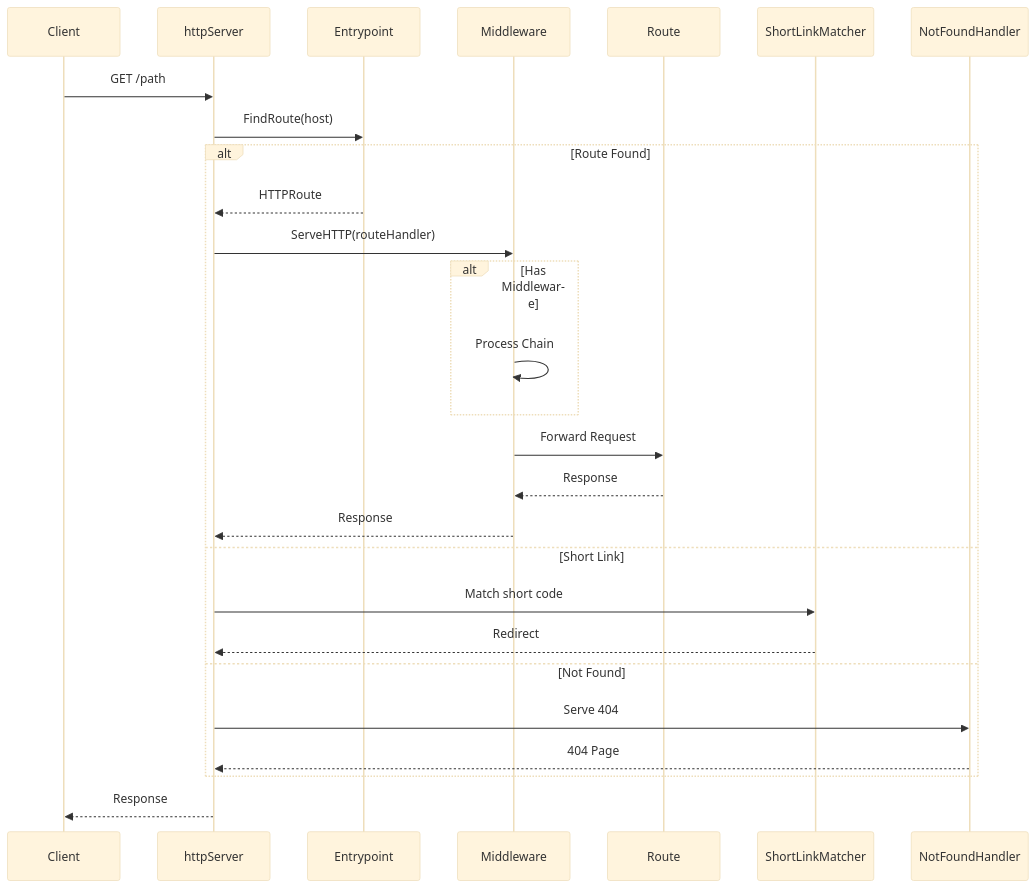
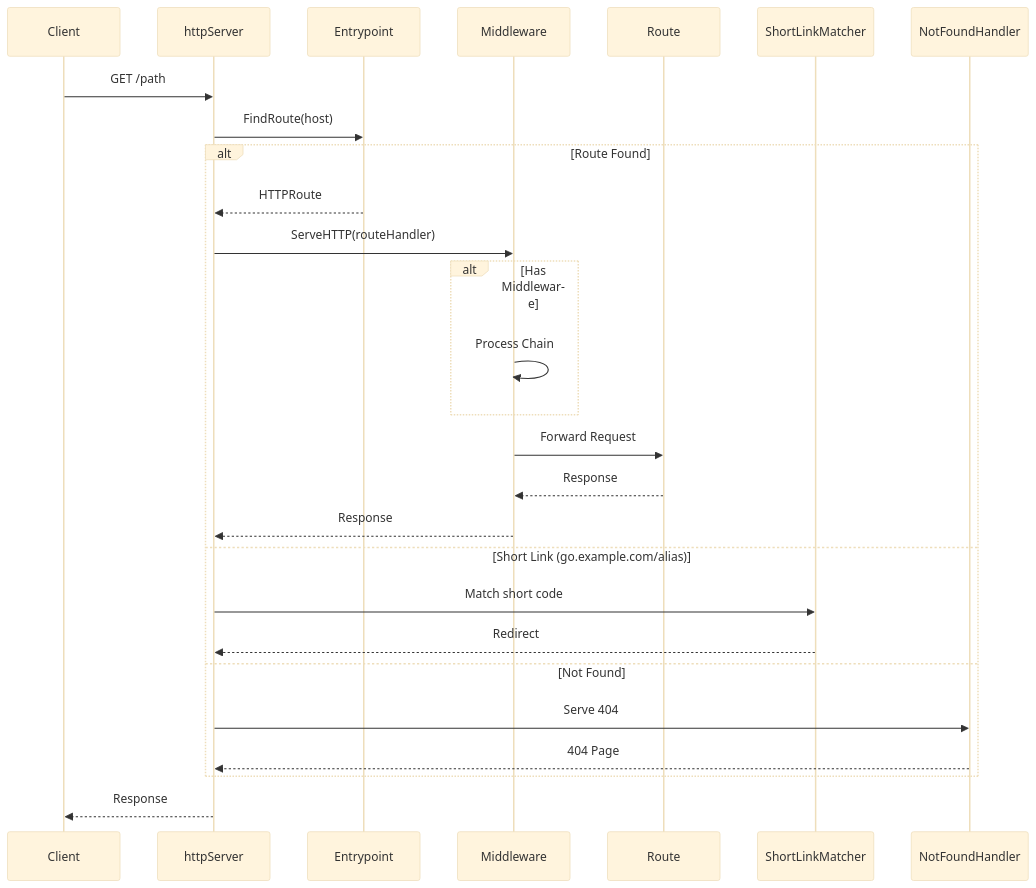
Before and after one commit to yusing/godoxy: the fourth of 4 diagrams in internal/entrypoint/README.md, drawn with Mermaid (base theme). The commit also changed other lines of this file and 1 other file, not shown here.

````diff
--- a/internal/entrypoint/README.md
+++ b/internal/entrypoint/README.md
@@ -192,30 +220,30 @@
 ```mermaid
 sequenceDiagram
     participant Client
     participant httpServer
     participant Entrypoint
     participant Middleware
     participant Route
 
     Client->>httpServer: GET /path
     httpServer->>Entrypoint: FindRoute(host)
 
     alt Route Found
         Entrypoint-->>httpServer: HTTPRoute
         httpServer->>Middleware: ServeHTTP(routeHandler)
         alt Has Middleware
             Middleware->>Middleware: Process Chain
         end
         Middleware->>Route: Forward Request
         Route-->>Middleware: Response
         Middleware-->>httpServer: Response
-    else Short Link
+    else Short Link (go.example.com/alias)
         httpServer->>ShortLinkMatcher: Match short code
         ShortLinkMatcher-->>httpServer: Redirect
     else Not Found
         httpServer->>NotFoundHandler: Serve 404
         NotFoundHandler-->>httpServer: 404 Page
     end
 
     httpServer-->>Client: Response
 ```
````
